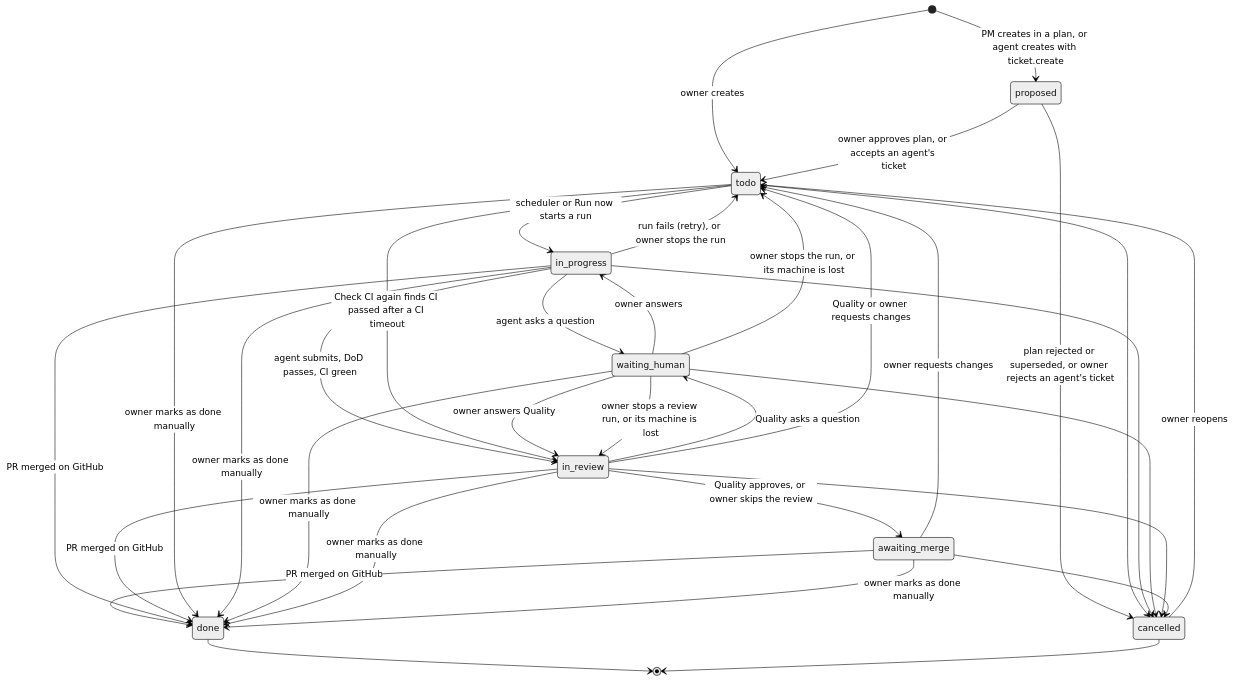
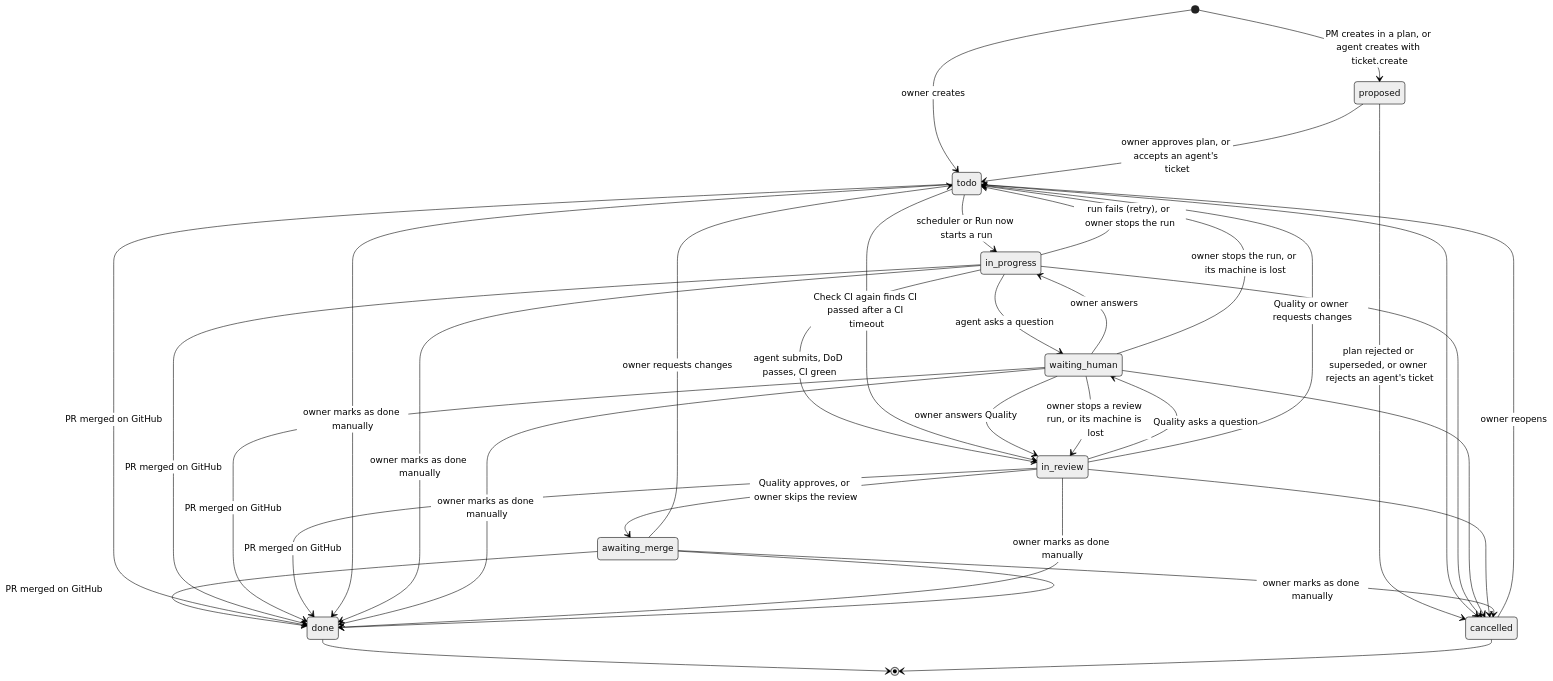
Before and after one commit to msincikpaeerl/orchestrator: the diagram in docs/specs/04-ticket-lifecycle.md, drawn with Mermaid (neutral theme). The commit also changed other lines of this file and 5 other files, not shown here.

````diff
--- a/docs/specs/04-ticket-lifecycle.md
+++ b/docs/specs/04-ticket-lifecycle.md
@@ -23,36 +23,38 @@
 ```mermaid
 stateDiagram-v2
     [*] --> proposed: PM creates in a plan, or agent creates with ticket.create
     [*] --> todo: owner creates
     proposed --> todo: owner approves plan, or accepts an agent's ticket
     proposed --> cancelled: plan rejected or superseded, or owner rejects an agent's ticket
     todo --> in_progress: scheduler or Run now starts a run
     in_progress --> waiting_human: agent asks a question
     waiting_human --> in_progress: owner answers
     in_progress --> in_review: agent submits, DoD passes, CI green
     todo --> in_review: Check CI again finds CI passed after a CI timeout
     in_review --> waiting_human: Quality asks a question
     waiting_human --> in_review: owner answers Quality
     waiting_human --> in_review: owner stops a review run, or its machine is lost
     in_progress --> todo: run fails (retry), or owner stops the run
     waiting_human --> todo: owner stops the run, or its machine is lost
     in_review --> awaiting_merge: Quality approves, or owner skips the review
     in_review --> todo: Quality or owner requests changes
     awaiting_merge --> done: PR merged on GitHub
+    todo --> done: PR merged on GitHub
     in_progress --> done: PR merged on GitHub
+    waiting_human --> done: PR merged on GitHub
     in_review --> done: PR merged on GitHub
     awaiting_merge --> todo: owner requests changes
     todo --> cancelled
     in_progress --> cancelled
     waiting_human --> cancelled
     in_review --> cancelled
     awaiting_merge --> cancelled
     todo --> done: owner marks as done manually
     in_progress --> done: owner marks as done manually
     waiting_human --> done: owner marks as done manually
     in_review --> done: owner marks as done manually
     awaiting_merge --> done: owner marks as done manually
     cancelled --> todo: owner reopens
     done --> [*]
     cancelled --> [*]
 ```
````
